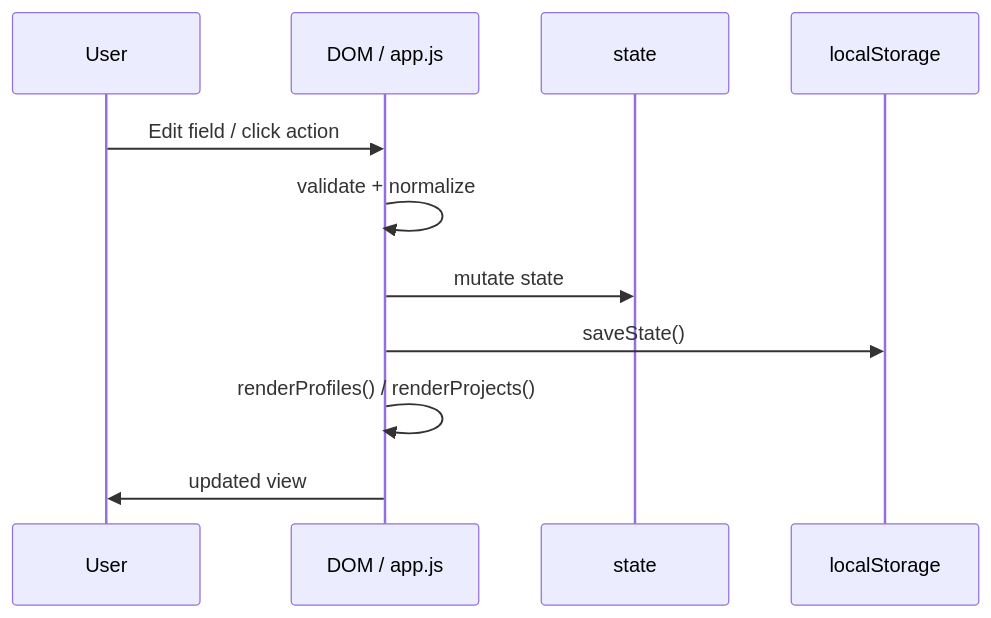
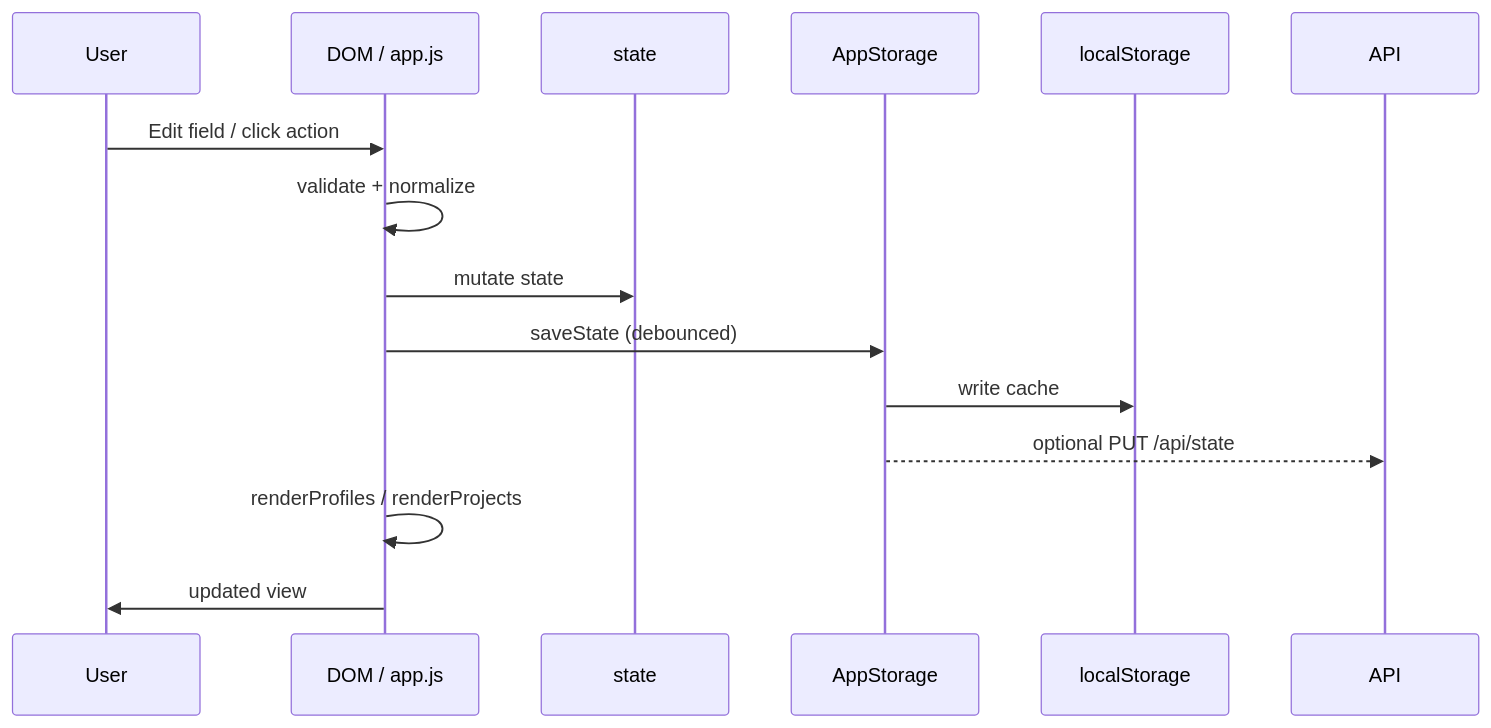
The third of 7 diagrams in docs/ARCHITECTURE.md (RifqiMT/pm-prioritization-tool), drawn with Mermaid before and after one commit. The commit also changed other lines of this file and 26 other files, not shown here.

````diff
--- a/docs/ARCHITECTURE.md
+++ b/docs/ARCHITECTURE.md
@@ -90,14 +98,17 @@
 ```mermaid
 sequenceDiagram
   participant U as User
   participant UI as DOM / app.js
   participant S as state
+  participant ST as AppStorage
   participant L as localStorage
 
   U->>UI: Edit field / click action
   UI->>UI: validate + normalize
   UI->>S: mutate state
-  UI->>L: saveState()
-  UI->>UI: renderProfiles() / renderProjects()
+  UI->>ST: saveState (debounced)
+  ST->>L: write cache
+  ST-->>API: optional PUT /api/state
+  UI->>UI: renderProfiles / renderProjects
   UI->>U: updated view
 ```
````
